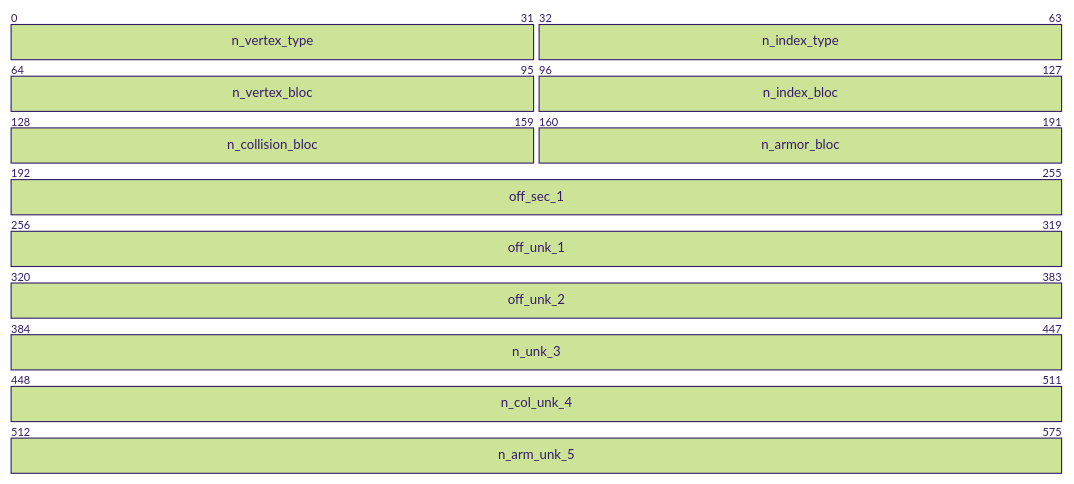
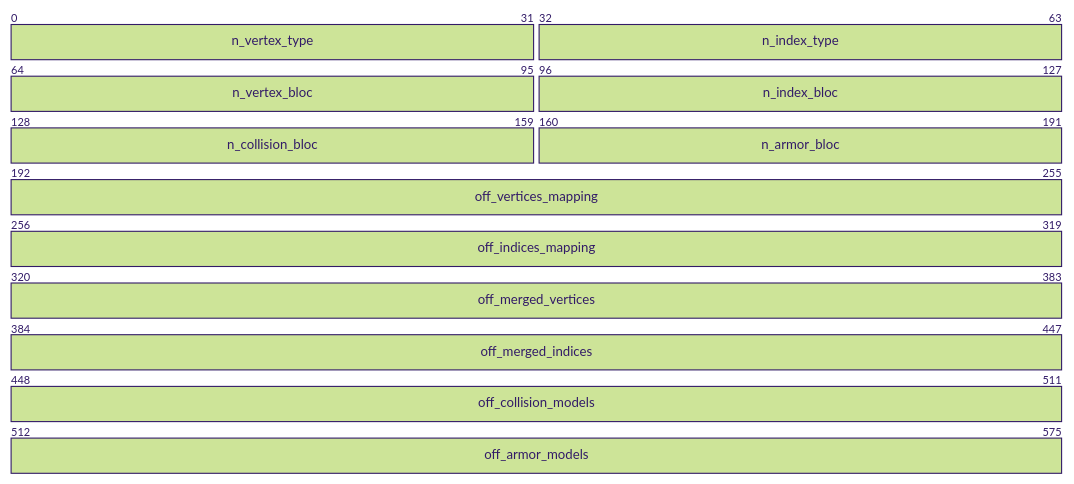
One commit to wows-tools/wows-geometry changed the first of 4 diagrams in FORMAT.md. Above: the diagram before and after it, drawn with Mermaid. The commit also changed other lines of this file, not shown here.

````diff
--- a/FORMAT.md
+++ b/FORMAT.md
@@ -26,16 +26,16 @@
 ```mermaid
 %%{init: { 'theme': 'forest', 'config': {'bitsPerRow': 64, 'bitWidth': 15}}}%%
 packet-beta
 0-31: "n_vertex_type"
 32-63: "n_index_type"
 64-95: "n_vertex_bloc"
 96-127: "n_index_bloc"
 128-159: "n_collision_bloc"
 160-191: "n_armor_bloc"
-192-255: "off_sec_1"
-256-319: "off_unk_1"
-320-383: "off_unk_2"
-384-447: "n_unk_3"
-448-511: "n_col_unk_4"
-512-575: "n_arm_unk_5"
+192-255: "off_vertices_mapping"
+256-319: "off_indices_mapping"
+320-383: "off_merged_vertices"
+384-447: "off_merged_indices"
+448-511: "off_collision_models"
+512-575: "off_armor_models"
 ```
````
